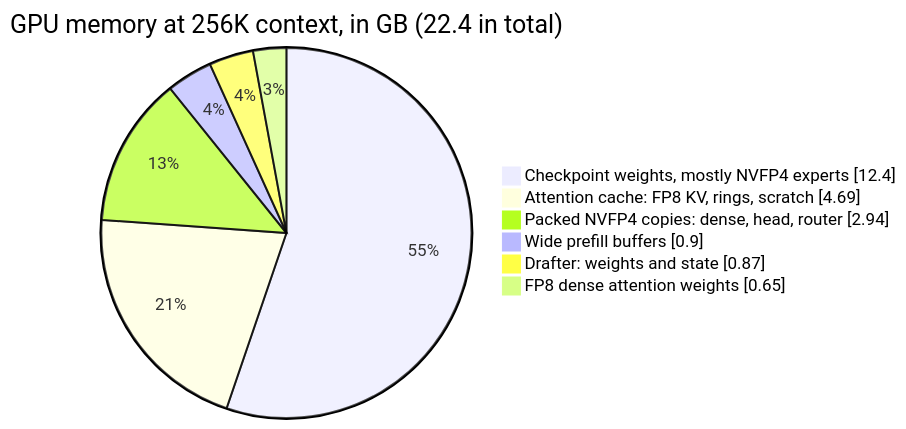
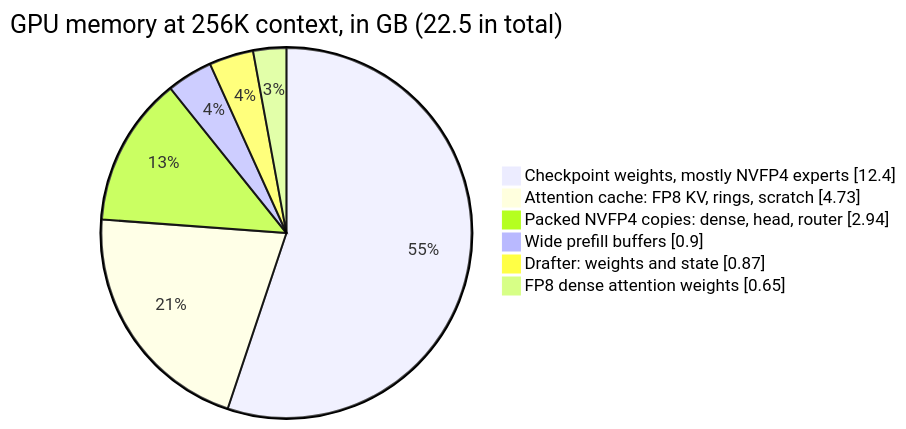
Before and after one commit to wcygan/inkling: the second of 5 diagrams in README.md, drawn with Mermaid. The commit also changed other lines of this file and 2 other files, not shown here.

````diff
--- a/README.md
+++ b/README.md
@@ -67,10 +67,10 @@
 ```mermaid
 pie showData
-    title GPU memory at 256K context, in GB (22.4 in total)
+    title GPU memory at 256K context, in GB (22.5 in total)
     "Checkpoint weights, mostly NVFP4 experts" : 12.40
-    "Attention cache: FP8 KV, rings, scratch" : 4.69
+    "Attention cache: FP8 KV, rings, scratch" : 4.73
     "Packed NVFP4 copies: dense, head, router" : 2.94
     "Wide prefill buffers" : 0.90
     "Drafter: weights and state" : 0.87
     "FP8 dense attention weights" : 0.65
 ```
````
